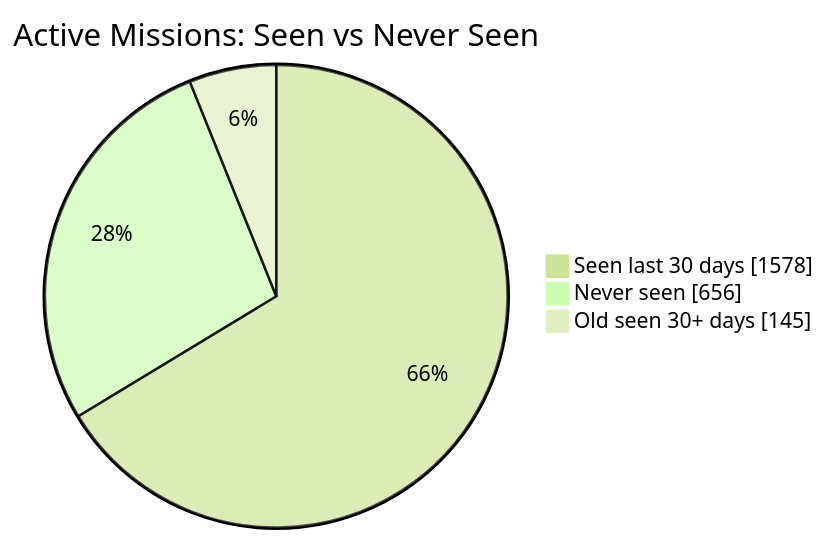
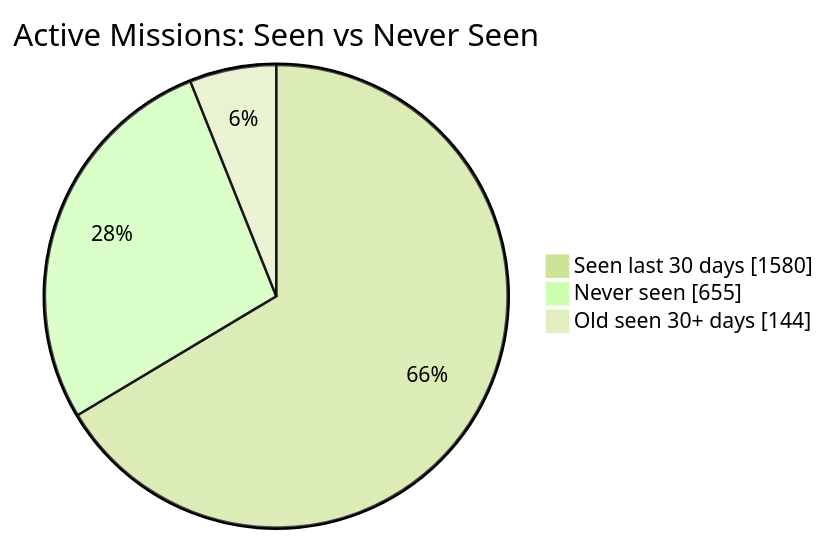
Before and after one commit to MeldkamerspelGameTeam/active-missions: the first of 2 diagrams in README.md, drawn with Mermaid (forest theme). The commit also changed other lines of this file and 3 other files, not shown here.

````diff
--- a/README.md
+++ b/README.md
@@ -34,7 +34,7 @@
 ```mermaid
 pie showData
     title Active Missions: Seen vs Never Seen
-    "Seen last 30 days" : 1578
-    "Never seen" : 656
-    "Old seen 30+ days" : 145
+    "Seen last 30 days" : 1580
+    "Never seen" : 655
+    "Old seen 30+ days" : 144
 ```
````
